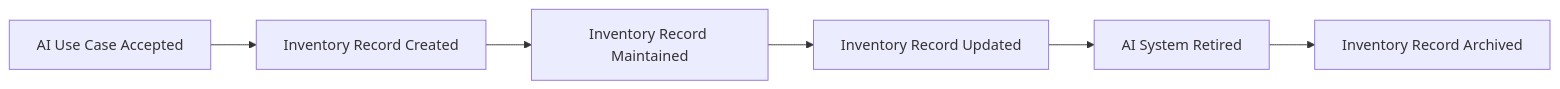
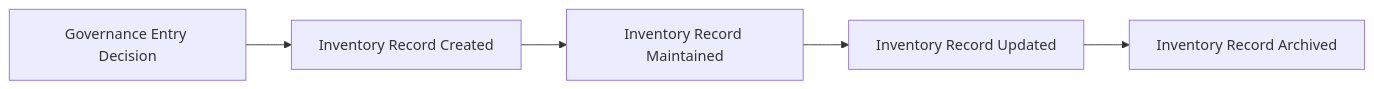
The diagram in 03-AI-Inventory-and-Assessment/02-Enterprise-AI-System-Inventory.md (Governor-AK/enterprise-ai-governance-playbook), drawn with Mermaid before and after one commit. The commit also changed other lines of this file, not shown here.

Commit message:
refactor(inventory): establish authoritative enterprise AI system inventory

````diff
--- a/03-AI-Inventory-and-Assessment/02-Enterprise-AI-System-Inventory.md
+++ b/03-AI-Inventory-and-Assessment/02-Enterprise-AI-System-Inventory.md
@@ -29,10 +29,9 @@
 ```mermaid
 flowchart LR
 
-A[AI Use Case Accepted]
+A[Governance Entry Decision]
 --> B[Inventory Record Created]
 --> C[Inventory Record Maintained]
 --> D[Inventory Record Updated]
---> E[AI System Retired]
---> F[Inventory Record Archived]
+--> E[Inventory Record Archived]
 ```
````
